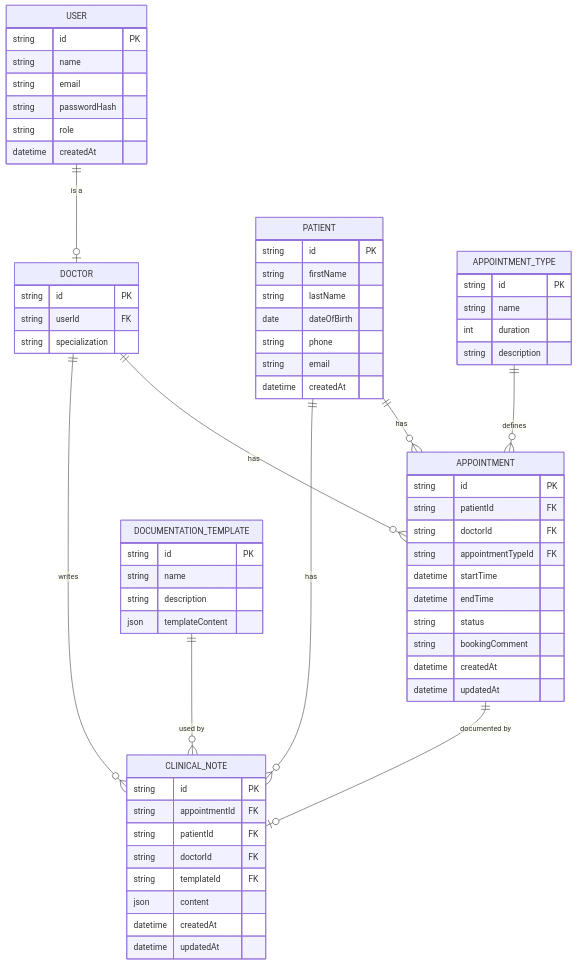
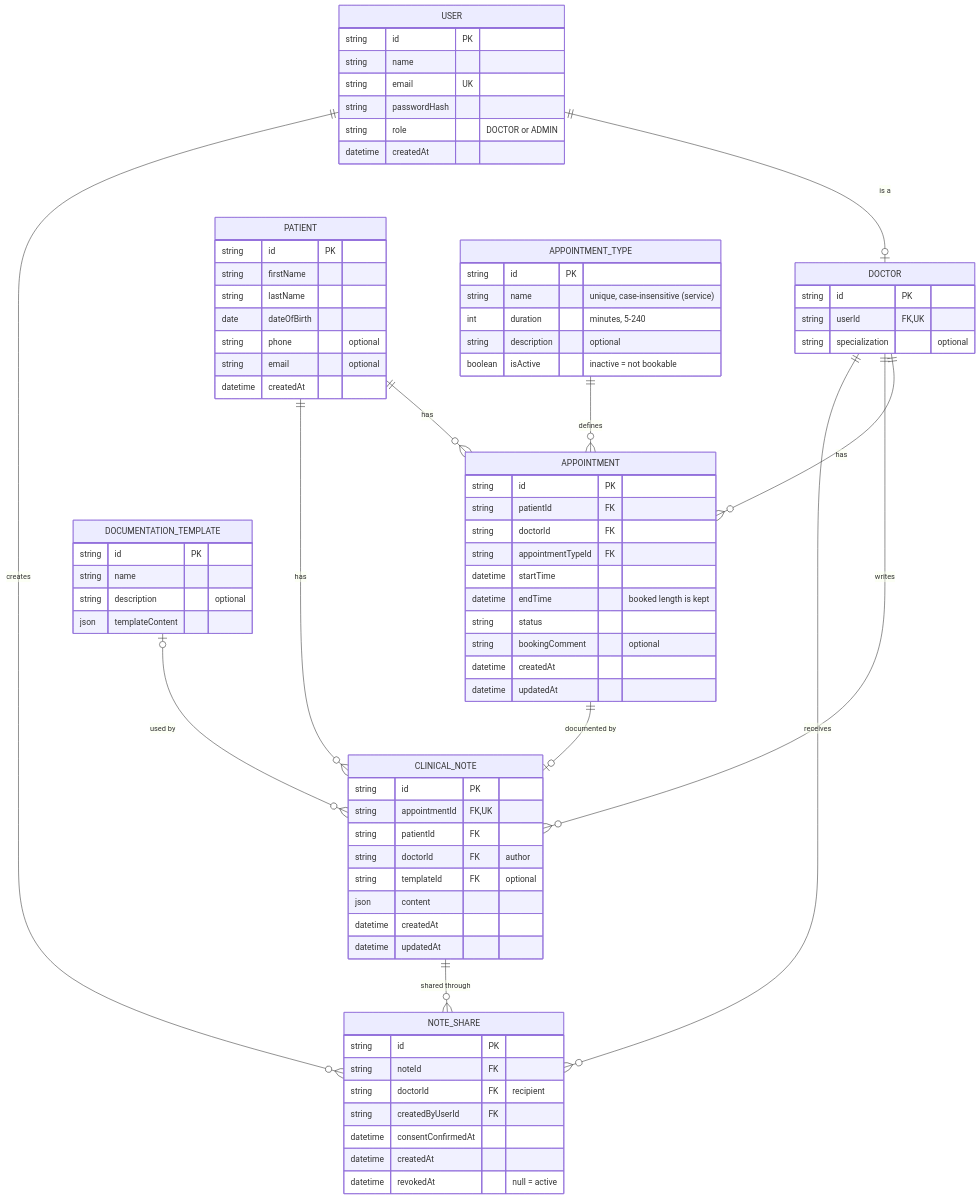
Before and after one commit to MohYab/Puls: the diagram in docs/er-diagram.md, drawn with Mermaid. The commit also changed other lines of this file, not shown here.

Commit message:
docs: update ER diagram with NoteShare, isActive and unique keys

````diff
--- a/docs/er-diagram.md
+++ b/docs/er-diagram.md
@@ -9,21 +11,24 @@
     APPOINTMENT ||--o| CLINICAL_NOTE : "documented by"
     PATIENT ||--o{ CLINICAL_NOTE : "has"
     DOCTOR ||--o{ CLINICAL_NOTE : "writes"
-    DOCUMENTATION_TEMPLATE ||--o{ CLINICAL_NOTE : "used by"
+    DOCUMENTATION_TEMPLATE |o--o{ CLINICAL_NOTE : "used by"
+    CLINICAL_NOTE ||--o{ NOTE_SHARE : "shared through"
+    DOCTOR ||--o{ NOTE_SHARE : "receives"
+    USER ||--o{ NOTE_SHARE : "creates"
 
     USER {
         string id PK
         string name
-        string email
+        string email UK
         string passwordHash
-        string role
+        string role "DOCTOR or ADMIN"
         datetime createdAt
     }
 
     DOCTOR {
         string id PK
-        string userId FK
-        string specialization
+        string userId FK, UK
+        string specialization "optional"
     }
 
     PATIENT {
@@ -31,8 +36,8 @@
         string firstName
         string lastName
         date dateOfBirth
-        string phone
-        string email
+        string phone "optional"
+        string email "optional"
         datetime createdAt
     }
 
@@ -42,26 +47,27 @@
         string doctorId FK
         string appointmentTypeId FK
         datetime startTime
-        datetime endTime
+        datetime endTime "booked length is kept"
         string status
-        string bookingComment
+        string bookingComment "optional"
         datetime createdAt
         datetime updatedAt
     }
 
     APPOINTMENT_TYPE {
         string id PK
-        string name
-        int duration
-        string description
+        string name "unique, case-insensitive (service)"
+        int duration "minutes, 5-240"
+        string description "optional"
+        boolean isActive "inactive = not bookable"
     }
 
     CLINICAL_NOTE {
         string id PK
-        string appointmentId FK
+        string appointmentId FK, UK
         string patientId FK
-        string doctorId FK
-        string templateId FK
+        string doctorId FK "author"
+        string templateId FK "optional"
         json content
         datetime createdAt
         datetime updatedAt
@@ -70,7 +76,17 @@
     DOCUMENTATION_TEMPLATE {
         string id PK
         string name
-        string description
+        string description "optional"
         json templateContent
     }
+
+    NOTE_SHARE {
+        string id PK
+        string noteId FK
+        string doctorId FK "recipient"
+        string createdByUserId FK
+        datetime consentConfirmedAt
+        datetime createdAt
+        datetime revokedAt "null = active"
+    }
 ```
````
